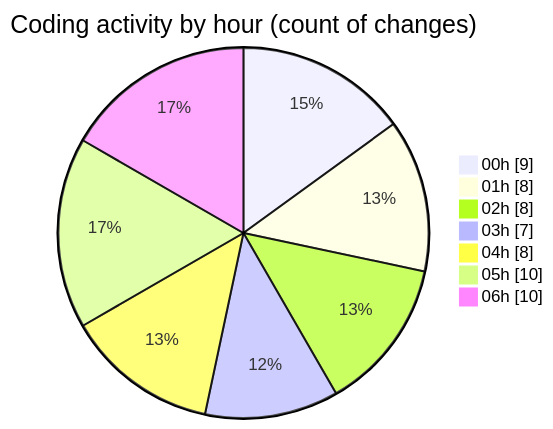
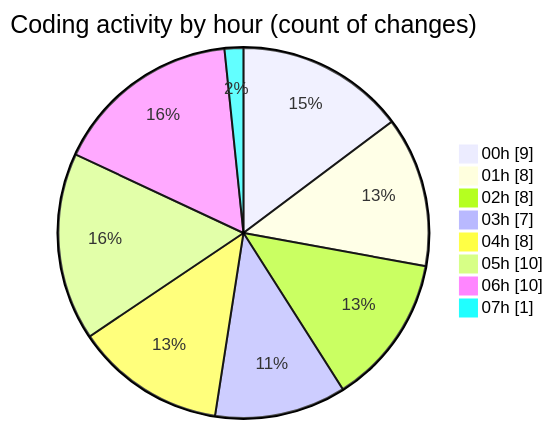
Before and after one commit to jrari/code-tracking: the second of 2 diagrams in 2025-07-14/telebot/README.md, drawn with Mermaid. The commit also changed other lines of this file and 1 other file, not shown here.

````diff
--- a/2025-07-14/telebot/README.md
+++ b/2025-07-14/telebot/README.md
@@ -55,11 +55,12 @@
 ```mermaid
 pie showData
 title Coding activity by hour (count of changes)
 "00h" : 9
 "01h" : 8
 "02h" : 8
 "03h" : 7
 "04h" : 8
 "05h" : 10
 "06h" : 10
+"07h" : 1
 ```
````
